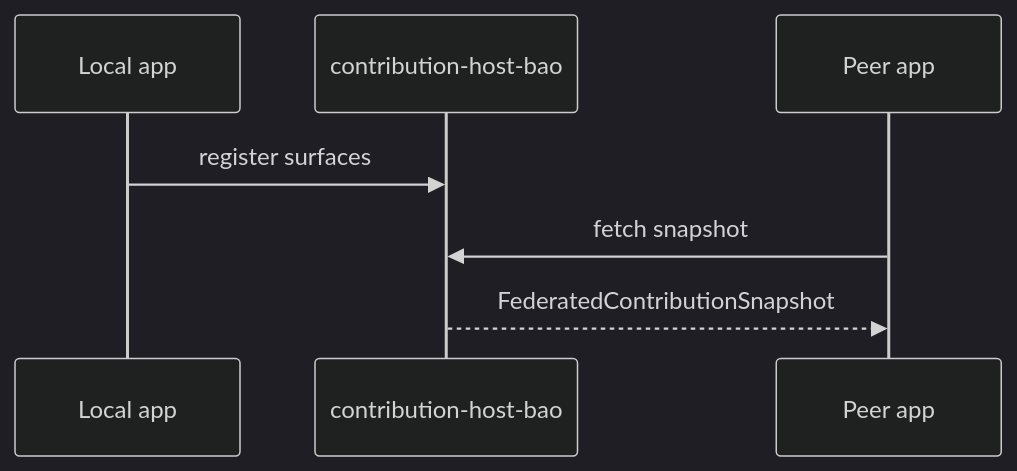
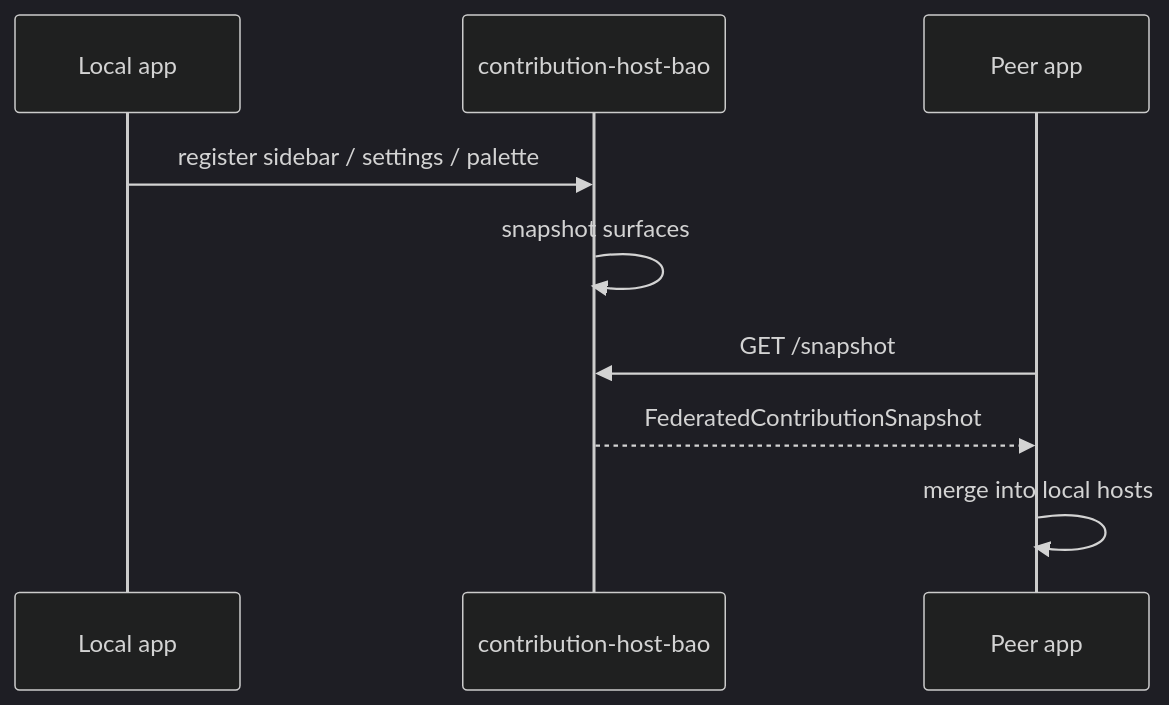
One commit to d4551/docduckgoose changed the first of 2 diagrams in bao-source/contribution-host-bao/README.md. Above: the diagram before and after it, drawn with Mermaid (dark theme). The commit also changed other lines of this file and 295 other files, not shown here.

````diff
--- a/bao-source/contribution-host-bao/README.md
+++ b/bao-source/contribution-host-bao/README.md
@@ -10,9 +15,11 @@
 ```mermaid
 sequenceDiagram
-  participant Local as Local app
+  participant App as Local app
   participant Host as contribution-host-bao
   participant Peer as Peer app
-  Local->>Host: register surfaces
-  Peer->>Host: fetch snapshot
+  App->>Host: register sidebar / settings / palette
+  Host->>Host: snapshot surfaces
+  Peer->>Host: GET /snapshot
   Host-->>Peer: FederatedContributionSnapshot
+  Peer->>Peer: merge into local hosts
 ```
````
